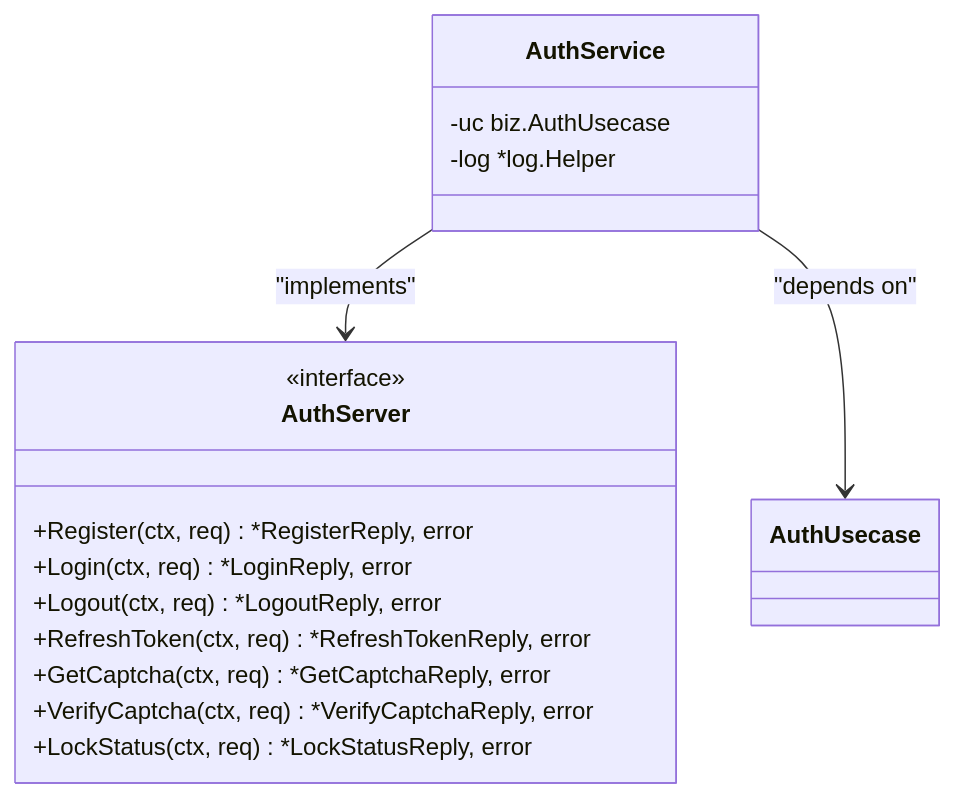
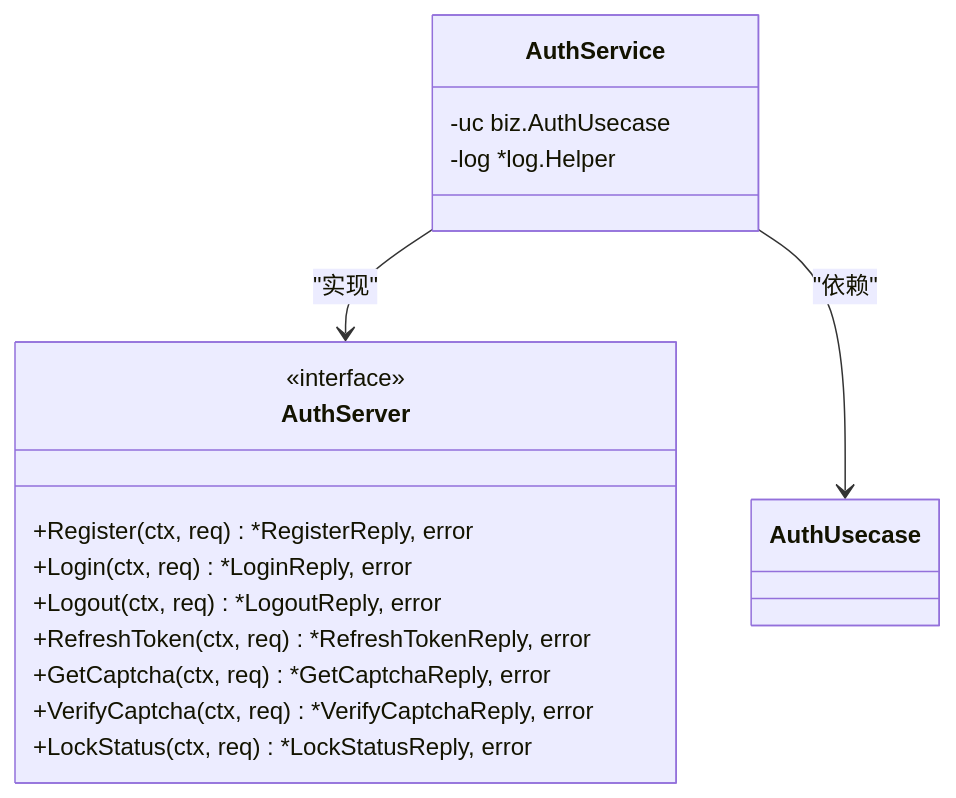
Before and after one commit to 26huitailang/kratos-boilerplate: the fifth of 8 diagrams in .qoder/repowiki/zh/content/Development Guide/Adding New Features.md, drawn with Mermaid. The commit also changed other lines of this file and 62 other files, not shown here.

````diff
--- a/.qoder/repowiki/zh/content/Development Guide/Adding New Features.md
+++ b/.qoder/repowiki/zh/content/Development Guide/Adding New Features.md
@@ -193,19 +203,19 @@
 ```mermaid
 classDiagram
 class AuthService {
 -uc biz.AuthUsecase
 -log *log.Helper
 }
 class AuthServer {
 <<interface>>
 +Register(ctx, req) *RegisterReply, error
 +Login(ctx, req) *LoginReply, error
 +Logout(ctx, req) *LogoutReply, error
 +RefreshToken(ctx, req) *RefreshTokenReply, error
 +GetCaptcha(ctx, req) *GetCaptchaReply, error
 +VerifyCaptcha(ctx, req) *VerifyCaptchaReply, error
 +LockStatus(ctx, req) *LockStatusReply, error
 }
-AuthService --> AuthServer : "implements"
-AuthService --> AuthUsecase : "depends on"
+AuthService --> AuthServer : "实现"
+AuthService --> AuthUsecase : "依赖"
 ```
````
